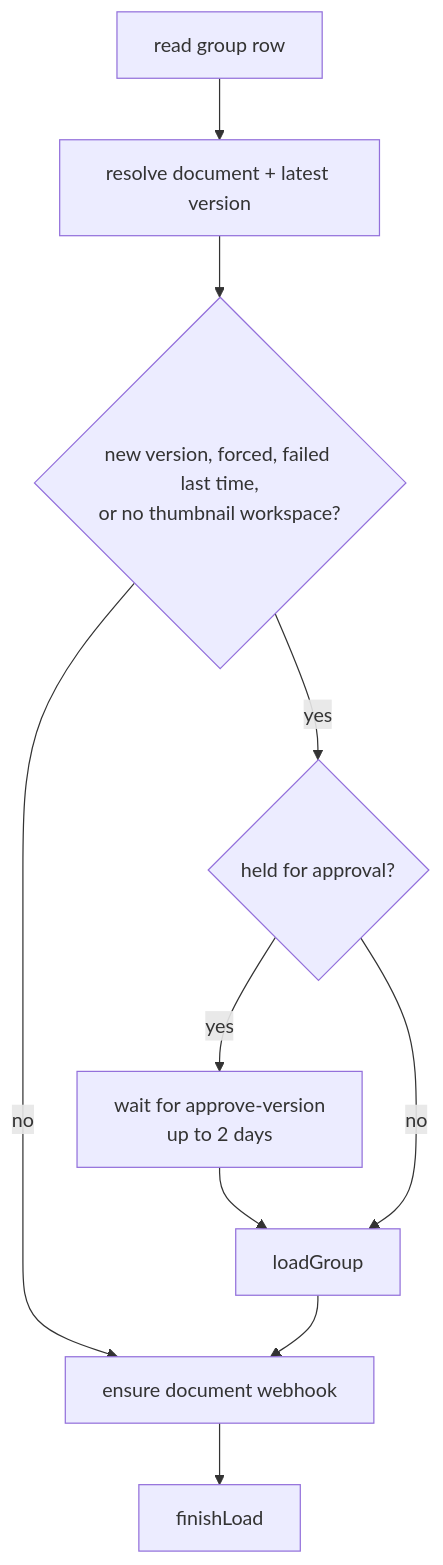
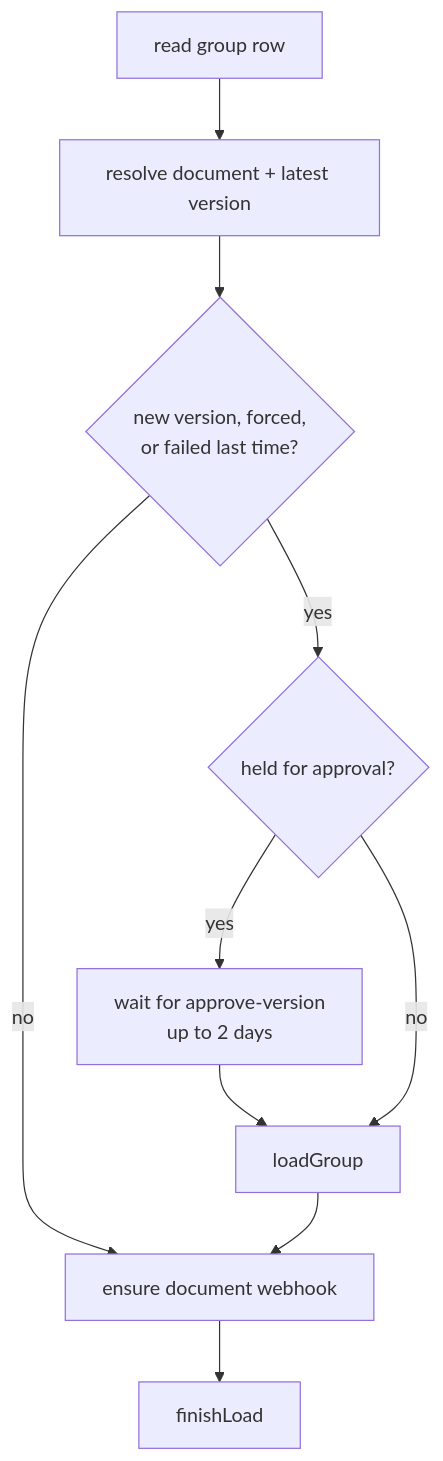
The diagram in docs/architecture/loading.md (frcdesign/FRCDesignApp), drawn with Mermaid before and after one commit. The commit also changed other lines of this file and 27 other files, not shown here.

````diff
--- a/docs/architecture/loading.md
+++ b/docs/architecture/loading.md
@@ -81,12 +80,12 @@
 ```mermaid
 flowchart TD
     A[read group row] --> B[resolve document + latest version]
-    B --> C{new version, forced, failed last time,<br/>or no thumbnail workspace?}
+    B --> C{new version, forced,<br/>or failed last time?}
     C -- no --> W
     C -- yes --> D{held for approval?}
     D -- yes --> E[wait for approve-version<br/>up to 2 days]
     E --> F
     D -- no --> F[loadGroup]
     F --> W[ensure document webhook]
     W --> Z[finishLoad]
 ```
````
